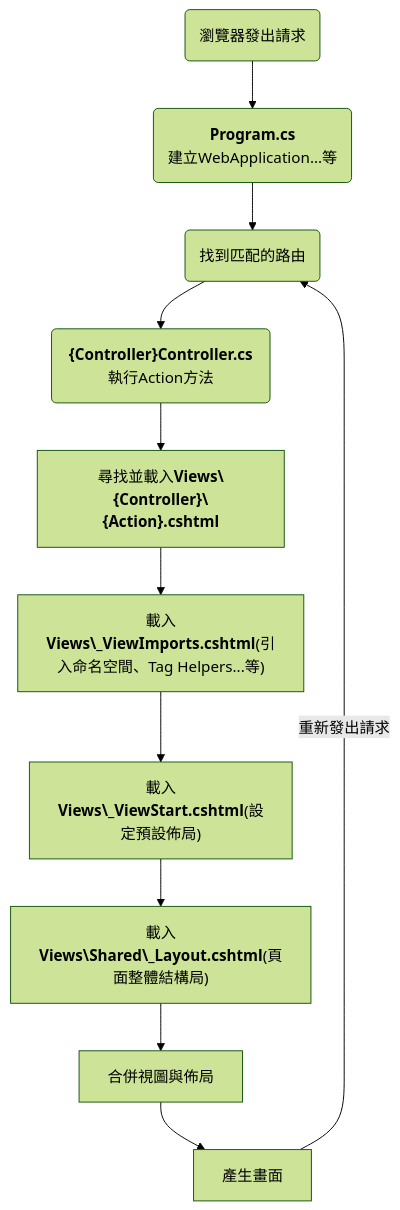
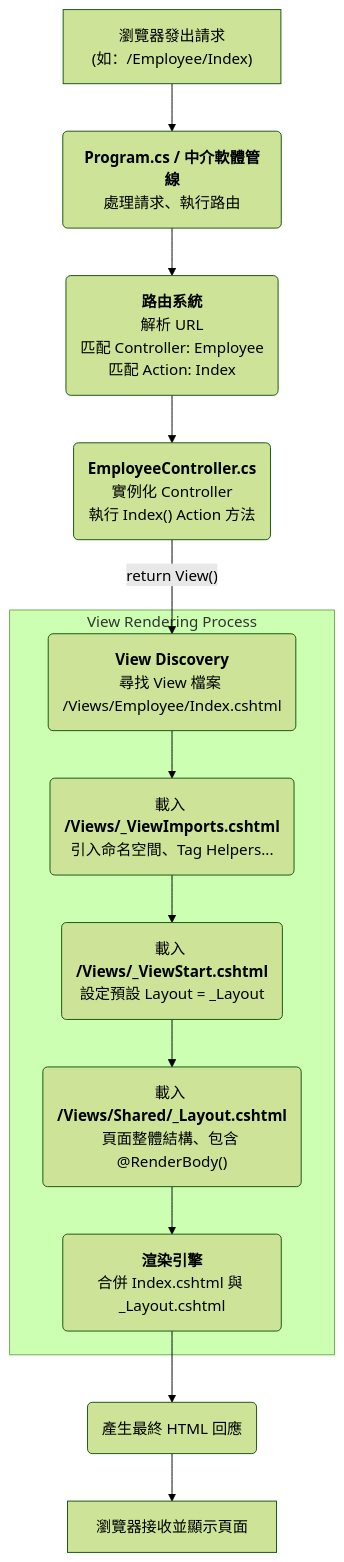
Before and after one commit to porcorosso21/website: the diagram in docs/Core8MVC/MVC.md, drawn with Mermaid (forest theme). The commit also changed other lines of this file and 2 other files, not shown here.

````diff
--- a/docs/Core8MVC/MVC.md
+++ b/docs/Core8MVC/MVC.md
@@ -75,12 +140,21 @@
 ```mermaid
 graph TD
-    A("瀏覽器發出請求")-->B("<b>Program.cs</b>\n建立WebApplication...等")
-    B-->C("找到匹配的路由")
-    C-->D("<b>{Controller}Controller.cs</b>執行Action方法")
-    D-->E["尋找並載入<b>Views\{Controller}\{Action}.cshtml</b>"]
-    E-->F["載入<b>Views\_ViewImports.cshtml</b>(引入命名空間、Tag Helpers...等)"]
-    F-->G["載入<b>Views\_ViewStart.cshtml</b>(設定預設佈局)"]
-    G-->H["載入<b>Views\Shared\_Layout.cshtml</b>(頁面整體結構局)"]
-    H-->I["合併視圖與佈局"]
-    I-->M["產生畫面"]--"重新發出請求"-->C
+    A["瀏覽器發出請求<br>(如：/Employee/Index)"]-->B("<b>Program.cs / 中介軟體管線</b><br>處理請求、執行路由")
+    B-->C("<b>路由系統</b><br>解析 URL<br>匹配 Controller: Employee<br>匹配 Action: Index")
+    C-->D("<b>EmployeeController.cs</b><br>實例化 Controller<br>執行 Index() Action 方法")
+    D -- "return View()" --> E("<b>View Discovery</b><br>尋找 View 檔案 /Views/Employee/Index.cshtml")
+    E-->F("載入 <b>/Views/_ViewImports.cshtml</b><br>引入命名空間、Tag Helpers...")
+    F-->G("載入 <b>/Views/_ViewStart.cshtml</b><br>設定預設 Layout = "_Layout"")
+    G-->H("載入 <b>/Views/Shared/_Layout.cshtml</b><br>頁面整體結構、包含 @RenderBody()")
+    H-->I("<b>渲染引擎</b><br>合併 Index.cshtml 與 _Layout.cshtml")
+    I-->J("產生最終 HTML 回應")
+    J-->K["瀏覽器接收並顯示頁面"]
+    
+    subgraph "View Rendering Process"
+            E
+            F
+            G
+            H
+            I
+        end
 ```
````
